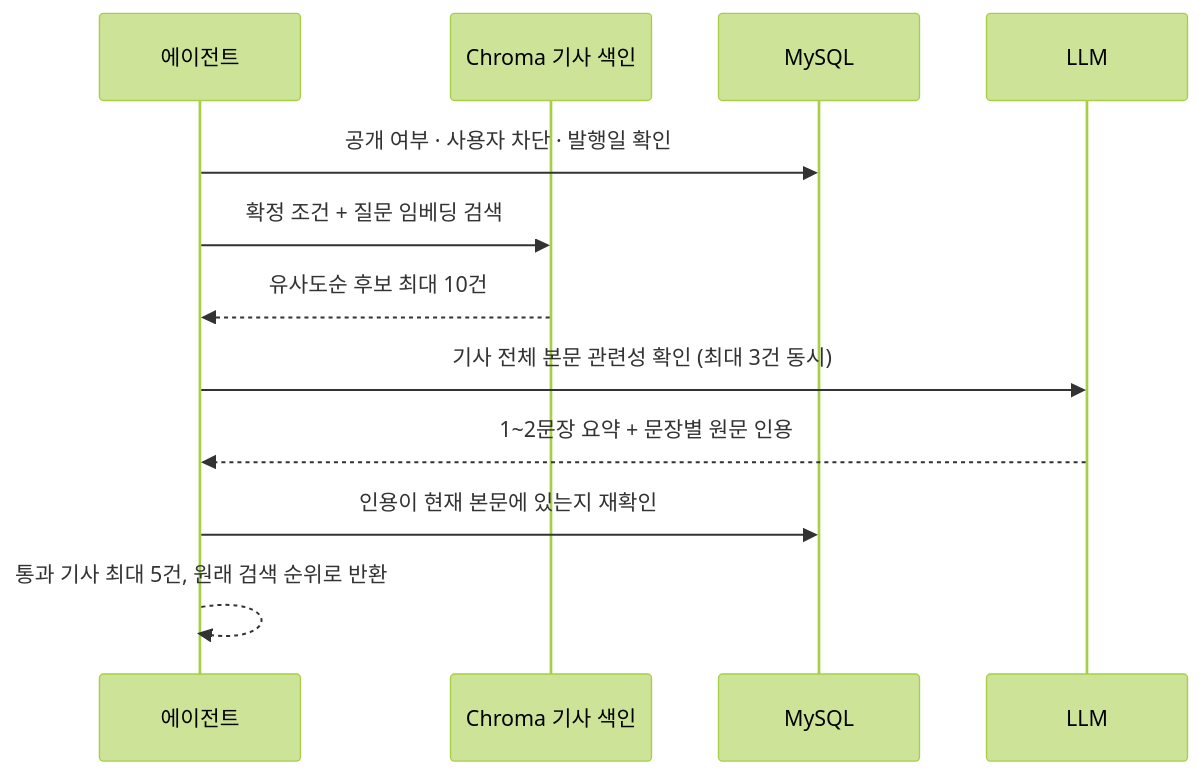
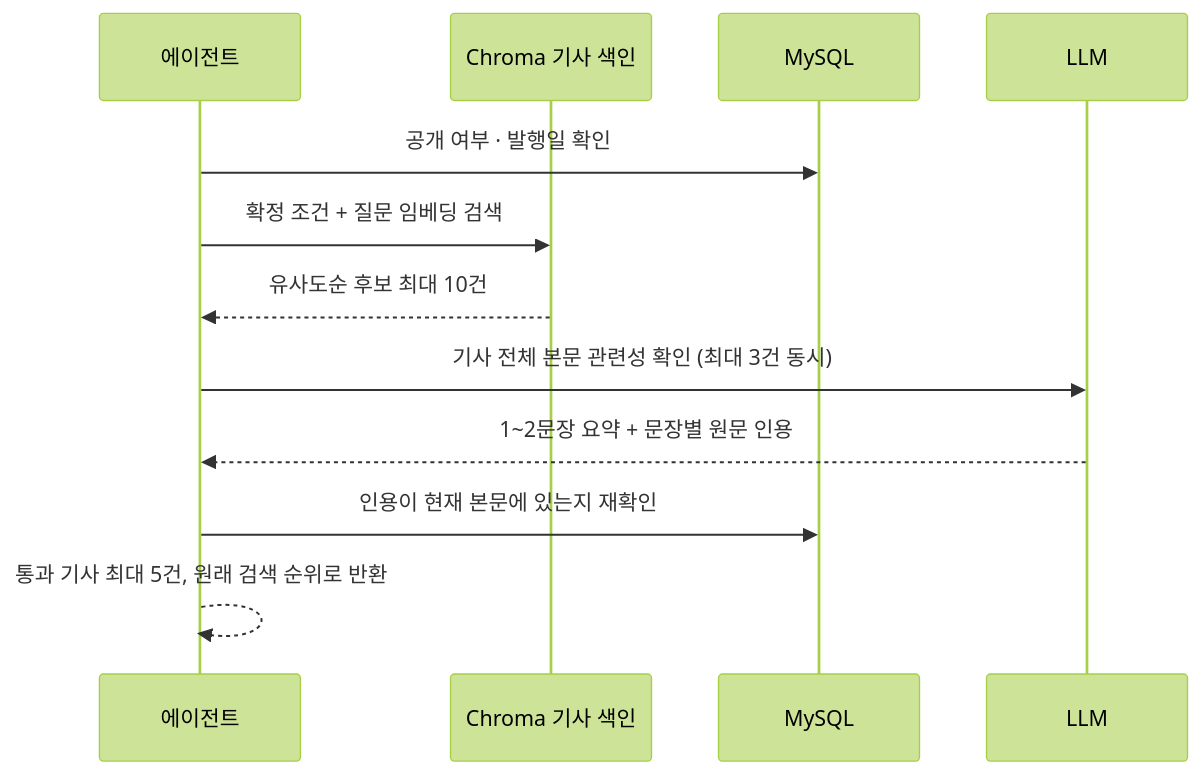
One commit to 20260528-skn-family-ai-33/SKN33-Final-3Team changed the sixth of 7 diagrams in README.md. Above: the diagram before and after it, drawn with Mermaid (forest theme). The commit also changed other lines of this file, not shown here.

First line of the commit message:
docs: README 채팅 기사 검색의 사용자 차단 설명 정정 (#138)

````diff
--- a/README.md
+++ b/README.md
@@ -380,14 +380,14 @@
 ```mermaid
 sequenceDiagram
   participant Agent as 에이전트
   participant Chroma as Chroma 기사 색인
   participant DB as MySQL
   participant LLM as LLM
-  Agent->>DB: 공개 여부 · 사용자 차단 · 발행일 확인
+  Agent->>DB: 공개 여부 · 발행일 확인
   Agent->>Chroma: 확정 조건 + 질문 임베딩 검색
   Chroma-->>Agent: 유사도순 후보 최대 10건
   Agent->>LLM: 기사 전체 본문 관련성 확인 (최대 3건 동시)
   LLM-->>Agent: 1~2문장 요약 + 문장별 원문 인용
   Agent->>DB: 인용이 현재 본문에 있는지 재확인
   Agent-->>Agent: 통과 기사 최대 5건, 원래 검색 순위로 반환
 ```
````
